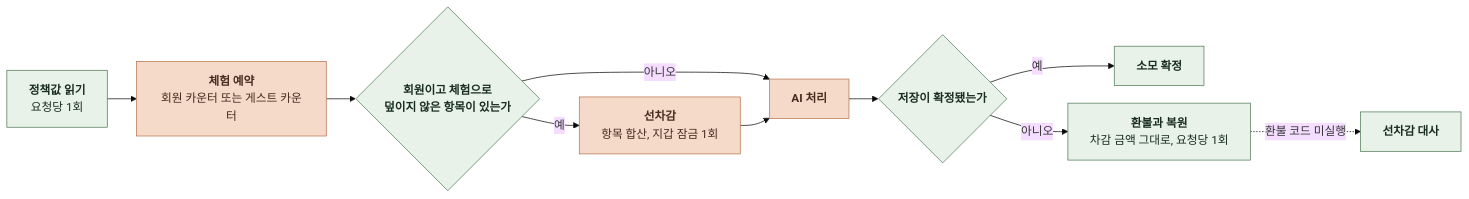
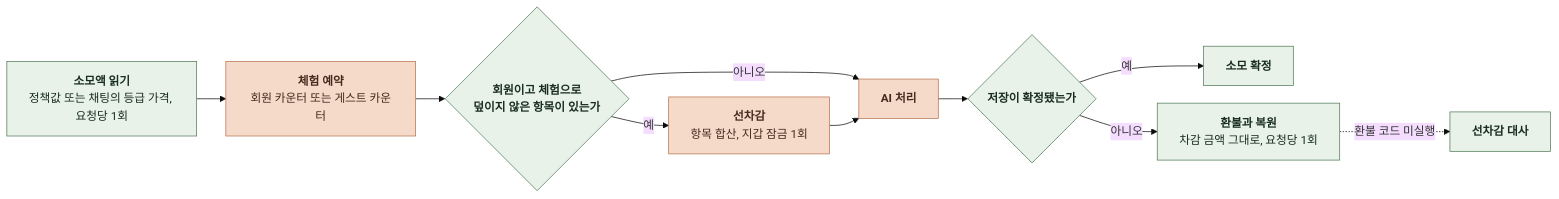
One commit to KIM-N-KANG/knk-harness changed the fourth of 14 diagrams in docs/domain/PAYMENT/BACKEND/4-1-PIPELINES.md. Above: the diagram before and after it, drawn with Mermaid (base theme). The commit also changed other lines of this file and 25 other files, not shown here.

````diff
--- a/docs/domain/PAYMENT/BACKEND/4-1-PIPELINES.md
+++ b/docs/domain/PAYMENT/BACKEND/4-1-PIPELINES.md
@@ -132,22 +132,22 @@
 ```mermaid
 %%{init: {"flowchart": {"curve": "basis", "nodeSpacing": 24, "rankSpacing": 40}}}%%
 flowchart LR
-    A["`**정책값 읽기**
-요청당 1회`"] --> B["`**체험 예약**
+    A["`**소모액 읽기**
+정책값 또는 채팅의 등급 가격, 요청당 1회`"] --> B["`**체험 예약**
 회원 카운터 또는 게스트 카운터`"]
     B --> C{"`**회원이고 체험으로
 덮이지 않은 항목이 있는가**`"}
     C -->|예| D["`**선차감**
 항목 합산, 지갑 잠금 1회`"]
     C -->|아니오| E["`**AI 처리**`"]
     D --> E
     E --> F{"`**저장이 확정됐는가**`"}
     F -->|예| G["`**소모 확정**`"]
     F -->|아니오| H["`**환불과 복원**
 차감 금액 그대로, 요청당 1회`"]
     H -.->|환불 코드 미실행| I["`**선차감 대사**`"]
     classDef comp fill:#E8F2E8,stroke:#527A59,color:#182D1D
     classDef task fill:#F5D9C9,stroke:#B97450,color:#452B1D
     class A,C,F,G,H,I comp
     class B,D,E task
 ```
````
